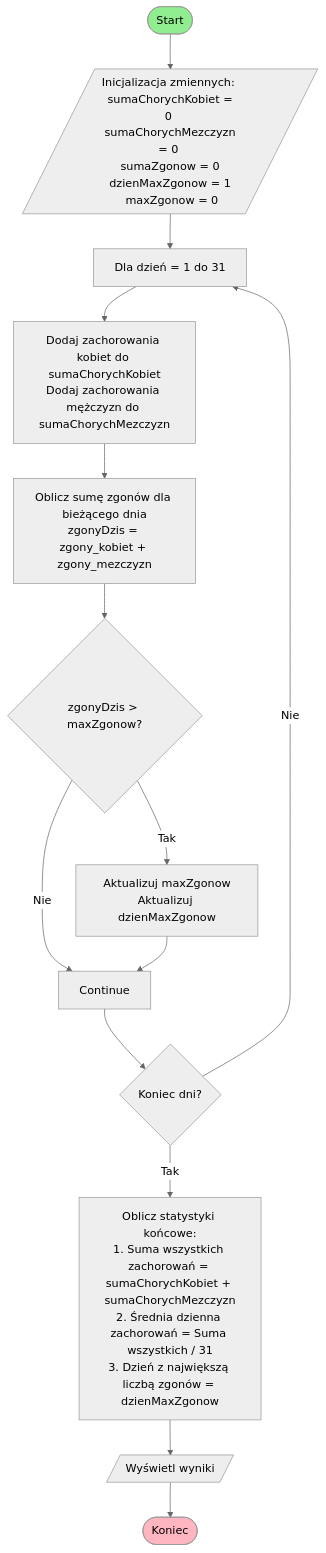
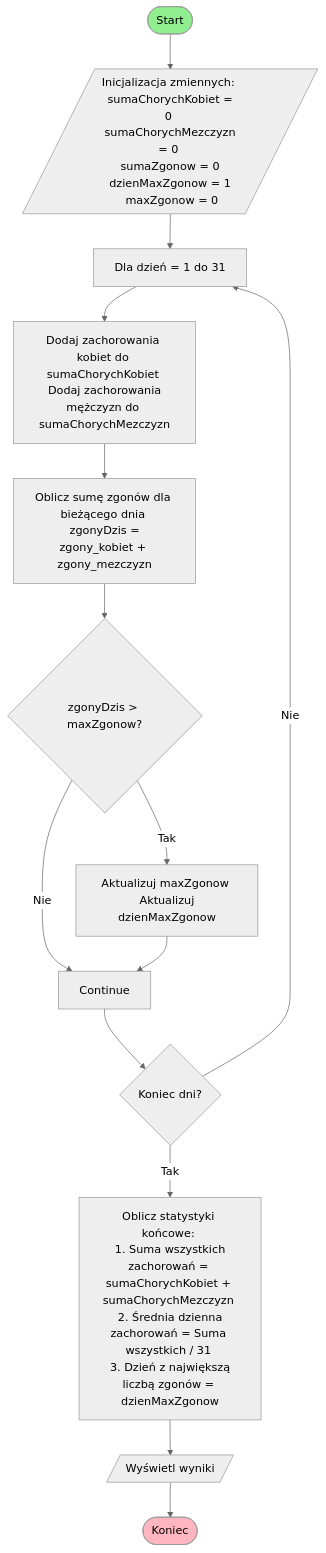
One commit to Mateuszpietrusinski/algorithms-1 changed the diagram in AiSD5_C4/exercise_4/readme.md. Above: the diagram before and after it, drawn with Mermaid (neutral theme).

Commit message:
fix: chaninging \n to br

````diff
--- a/AiSD5_C4/exercise_4/readme.md
+++ b/AiSD5_C4/exercise_4/readme.md
@@ -2,19 +2,19 @@
 ```mermaid
 flowchart TD
     Start([Start]) --> Init[/Inicjalizacja zmiennych: <br> sumaChorychKobiet = 0 <br> sumaChorychMezczyzn = 0 <br> sumaZgonow = 0 <br> dzienMaxZgonow = 1 <br> maxZgonow = 0/]
     Init --> ForLoop[Dla dzień = 1 do 31]
-    ForLoop --> CalcWomen[Dodaj zachorowania kobiet do sumaChorychKobiet\nDodaj zachorowania mężczyzn do sumaChorychMezczyzn]
-    CalcWomen --> CalcDeaths[Oblicz sumę zgonów dla bieżącego dnia\nzgonyDzis = zgony_kobiet + zgony_mezczyzn]
+    ForLoop --> CalcWomen[Dodaj zachorowania kobiet do sumaChorychKobiet <br> Dodaj zachorowania mężczyzn do sumaChorychMezczyzn]
+    CalcWomen --> CalcDeaths[Oblicz sumę zgonów dla bieżącego dnia <br> zgonyDzis = zgony_kobiet + zgony_mezczyzn]
     CalcDeaths --> CheckMax{zgonyDzis > maxZgonow?}
-    CheckMax -->|Tak| UpdateMax[Aktualizuj maxZgonow\nAktualizuj dzienMaxZgonow]
+    CheckMax -->|Tak| UpdateMax[Aktualizuj maxZgonow <br> Aktualizuj dzienMaxZgonow]
     CheckMax -->|Nie| Continue
     UpdateMax --> Continue
     Continue --> CheckDayEnd{Koniec dni?}
     CheckDayEnd -->|Nie| ForLoop
-    CheckDayEnd -->|Tak| CalcStats[Oblicz statystyki końcowe:\n1. Suma wszystkich zachorowań = sumaChorychKobiet + sumaChorychMezczyzn\n2. Średnia dzienna zachorowań = Suma wszystkich / 31\n3. Dzień z największą liczbą zgonów = dzienMaxZgonow]
+    CheckDayEnd -->|Tak| CalcStats[Oblicz statystyki końcowe: <br> 1. Suma wszystkich zachorowań = sumaChorychKobiet + sumaChorychMezczyzn <br> 2. Średnia dzienna zachorowań = Suma wszystkich / 31 <br> 3. Dzień z największą liczbą zgonów = dzienMaxZgonow]
     CalcStats --> Display[/Wyświetl wyniki/]
     Display --> End([Koniec])
 
     style Start fill:#90EE90
     style End fill:#FFB6C1
 ```
````
